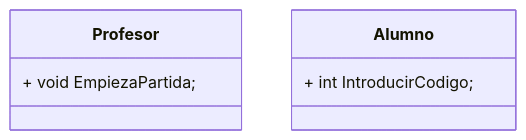
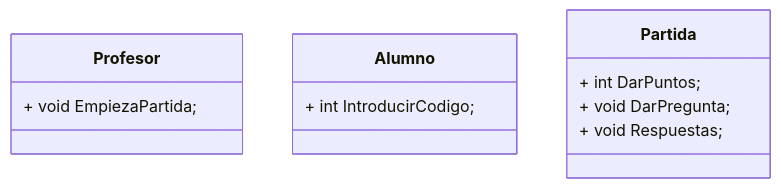
The diagram in README.md (MyNameIsAlecs/Kahoot-UML), drawn with Mermaid before and after one commit.

````diff
--- a/README.md
+++ b/README.md
@@ -11,9 +11,14 @@
 ```mermaid
     classDiagram
       class Profesor{
       + void EmpiezaPartida;
     }
       class Alumno{
       + int IntroducirCodigo;  
     }
+      class Partida{
+      + int DarPuntos;
+      + void DarPregunta;
+      + void Respuestas;
+    }
 ```
````
